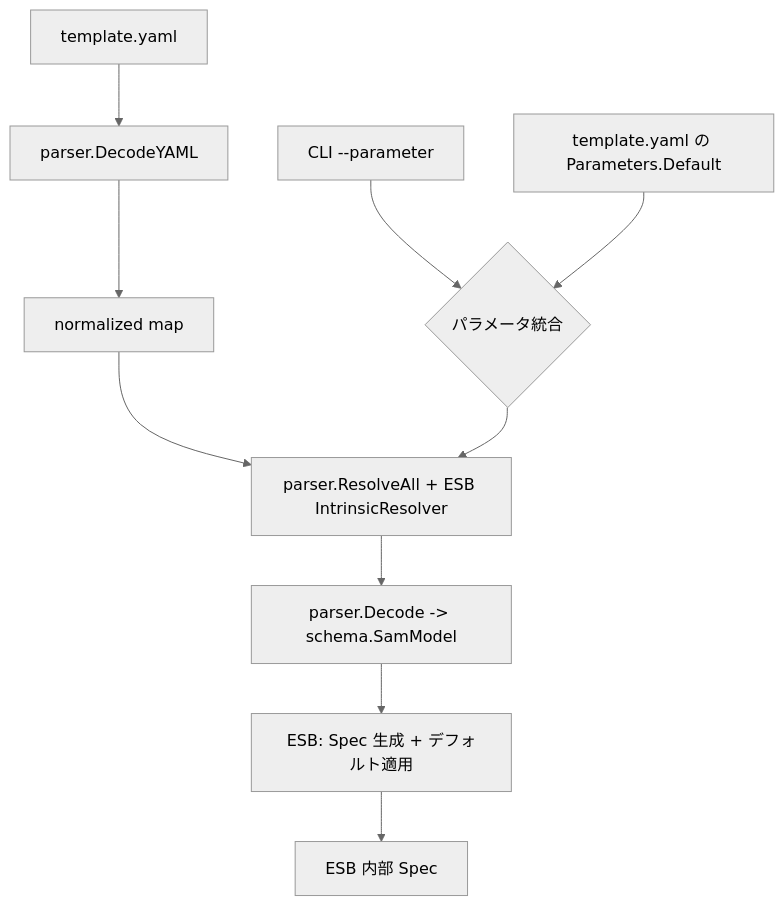
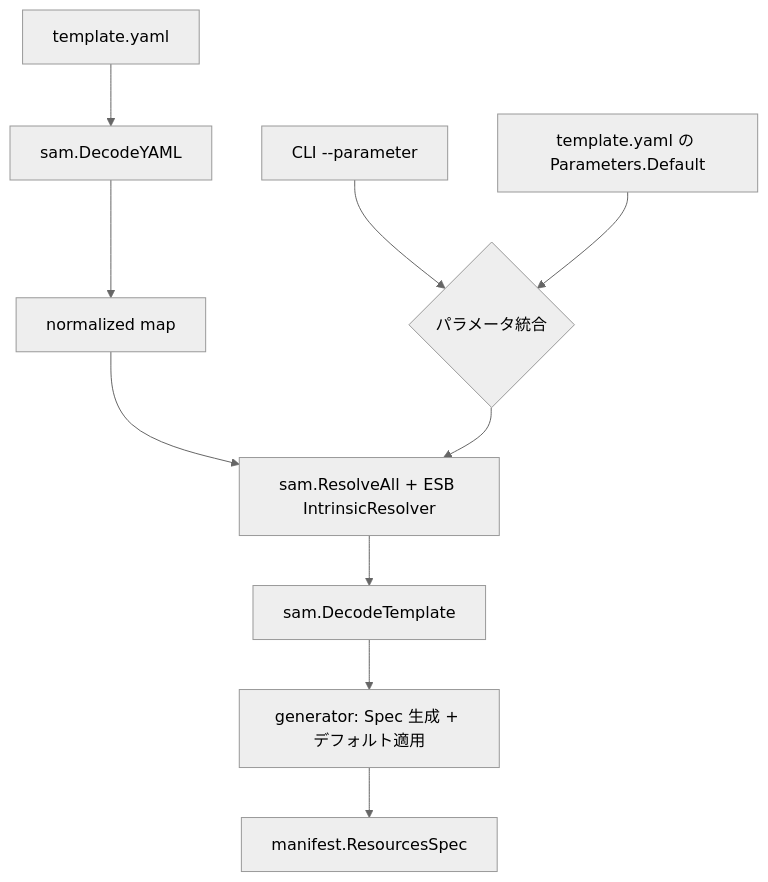
Before and after one commit to poruru-code/esb-cli: the diagram in docs/sam-parsing-architecture.md, drawn with Mermaid (neutral theme). The commit also changed other lines of this file and 7 other files, not shown here.

Commit message:
CLI: update documentation for architecture, build, env, info, project, sam parsing, and up commands

````diff
--- a/docs/sam-parsing-architecture.md
+++ b/docs/sam-parsing-architecture.md
@@ -26,13 +26,13 @@
 ```mermaid
 graph TD
-    A[template.yaml] --> B[parser.DecodeYAML]
+    A[template.yaml] --> B[sam.DecodeYAML]
     B --> C[normalized map]
-    C --> D[parser.ResolveAll + ESB IntrinsicResolver]
-    D --> E[parser.Decode -> schema.SamModel]
-    E --> F[ESB: Spec 生成 + デフォルト適用]
-    F --> G[ESB 内部 Spec]
+    C --> D[sam.ResolveAll + ESB IntrinsicResolver]
+    D --> E[sam.DecodeTemplate]
+    E --> F[generator: Spec 生成 + デフォルト適用]
+    F --> G[manifest.ResourcesSpec]
 
     P1[CLI --parameter] --> P_MERGE{パラメータ統合}
     P2[template.yaml の Parameters.Default] --> P_MERGE
     P_MERGE --> D
 ```
````
